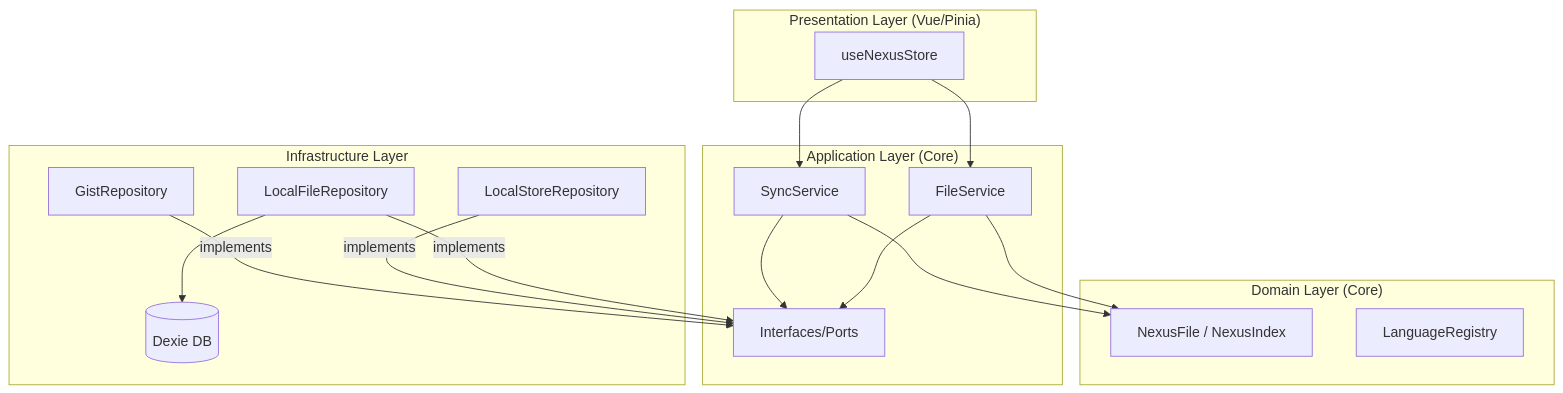
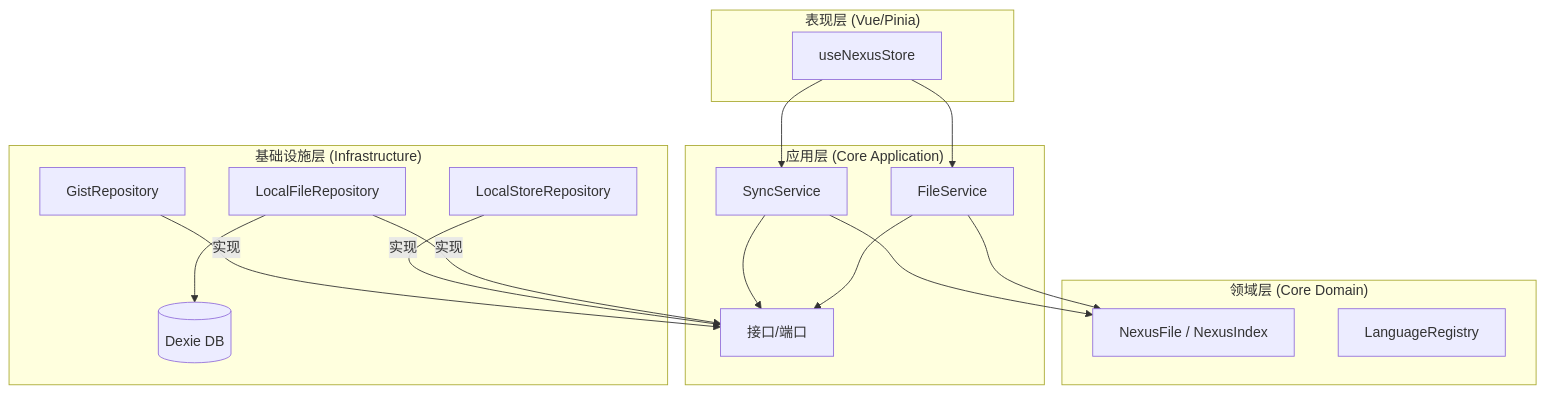
Before and after one commit to Sisyphean-a/ProjectNexus: the diagram in README.md, drawn with Mermaid. The commit also changed other lines of this file and 5 other files, not shown here.

````diff
--- a/README.md
+++ b/README.md
@@ -14,35 +14,35 @@
 ```mermaid
 graph TD
-    subgraph "Presentation Layer (Vue/Pinia)"
+    subgraph "表现层 (Vue/Pinia)"
         Store[useNexusStore]
     end
 
-    subgraph "Application Layer (Core)"
+    subgraph "应用层 (Core Application)"
         SyncService[SyncService]
         FileService[FileService]
-        PortRepo[Interfaces/Ports]
+        PortRepo[接口/端口]
     end
 
-    subgraph "Domain Layer (Core)"
+    subgraph "领域层 (Core Domain)"
         Entity[NexusFile / NexusIndex]
         DomainSvc[LanguageRegistry]
     end
 
-    subgraph "Infrastructure Layer"
+    subgraph "基础设施层 (Infrastructure)"
         GistRepo[GistRepository]
         LocalRepo[LocalStoreRepository]
         FileAdapter[LocalFileRepository]
         DB[(Dexie DB)]
     end
 
     Store --> SyncService
     Store --> FileService
     SyncService --> PortRepo
     FileService --> PortRepo
     SyncService --> Entity
     FileService --> Entity
-    GistRepo -- implements --> PortRepo
-    LocalRepo -- implements --> PortRepo
-    FileAdapter -- implements --> PortRepo
+    GistRepo -- 实现 --> PortRepo
+    LocalRepo -- 实现 --> PortRepo
+    FileAdapter -- 实现 --> PortRepo
     FileAdapter --> DB
 ```
````
